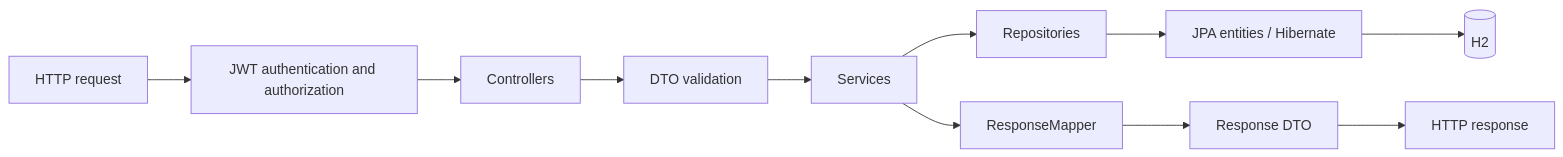
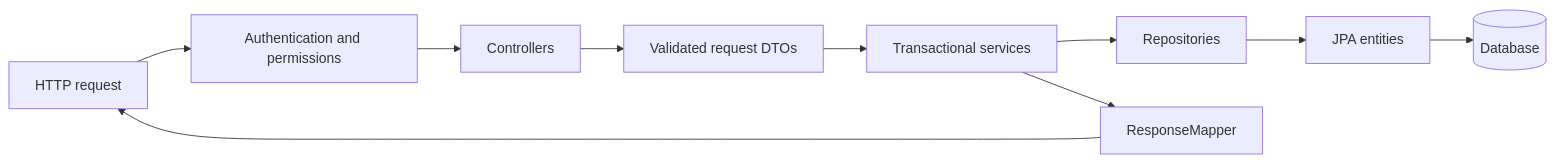
One commit to blnunes/sisdent changed the second of 3 diagrams in docs/ARCHITECTURE.md. Above: the diagram before and after it, drawn with Mermaid. The commit also changed other lines of this file and 79 other files, not shown here.

````diff
--- a/docs/ARCHITECTURE.md
+++ b/docs/ARCHITECTURE.md
@@ -53,13 +32,12 @@
 ```mermaid
 flowchart LR
-    HTTP[HTTP request] --> SEC[JWT authentication and authorization]
+    HTTP[HTTP request] --> SEC[Authentication and permissions]
     SEC --> C[Controllers]
-    C --> V[DTO validation]
-    V --> S[Services]
-    S --> RP[Repositories]
-    RP --> JPA[JPA entities / Hibernate]
-    JPA --> DB[(H2)]
+    C --> DTO[Validated request DTOs]
+    DTO --> S[Transactional services]
+    S --> R[Repositories]
+    R --> E[JPA entities]
+    E --> DB[(Database)]
     S --> M[ResponseMapper]
-    M --> DTO[Response DTO]
-    DTO --> HTTPR[HTTP response]
+    M --> HTTP
 ```
````
